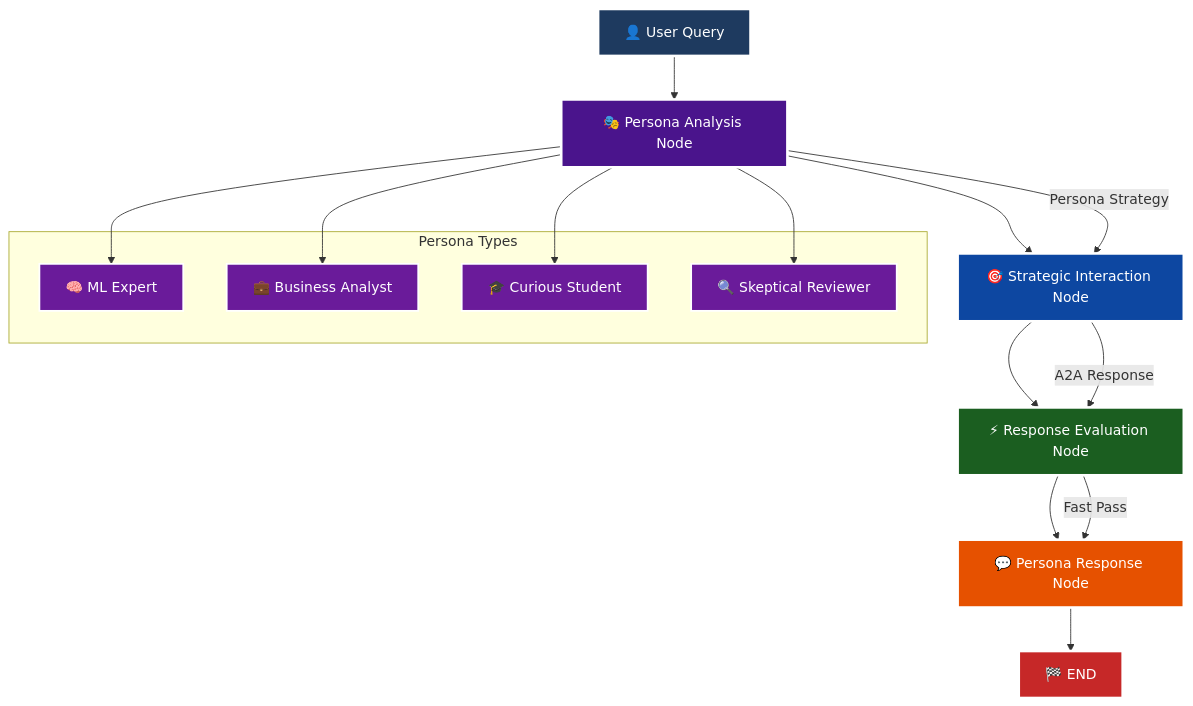
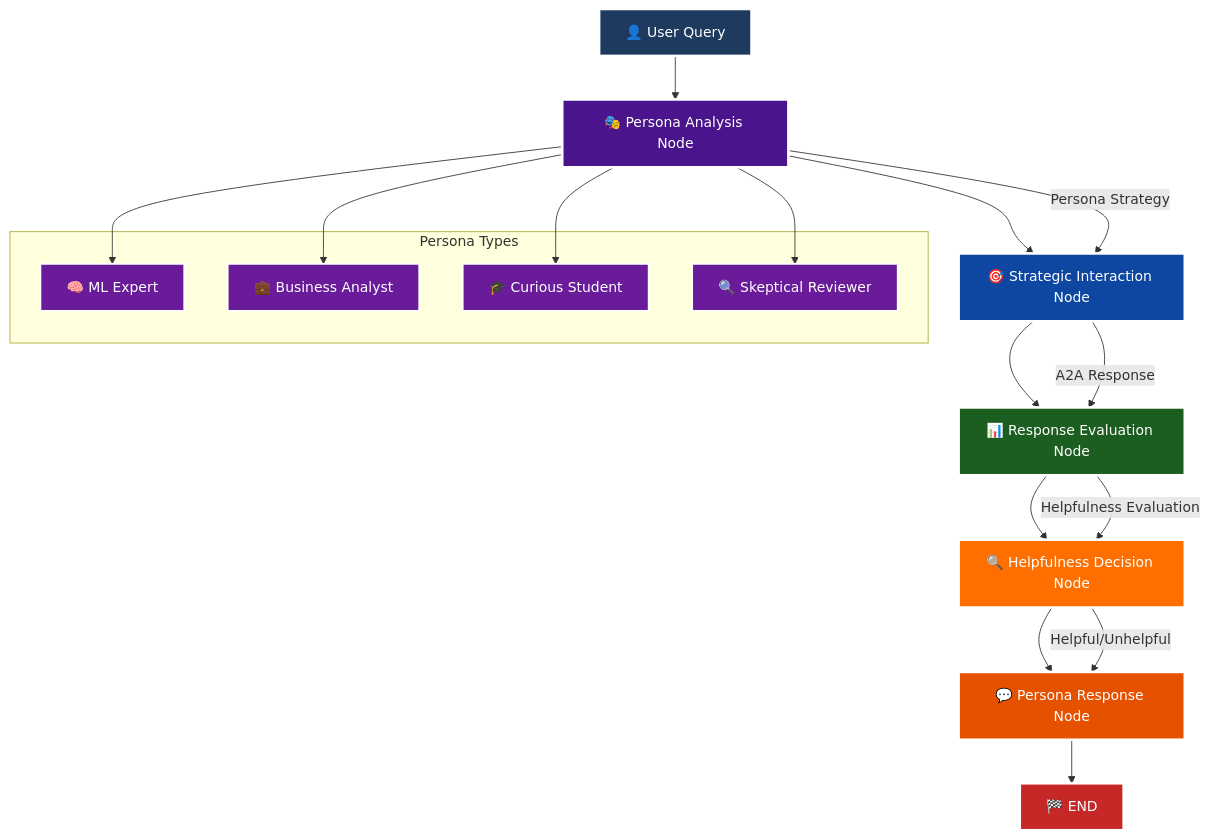
One commit to eugene2367/AIE7 changed the third of 3 diagrams in 15_A2A_LangGraph/README.md. Above: the diagram before and after it, drawn with Mermaid. The commit also changed other lines of this file, not shown here.

Commit message:
Update README: Add helpfulness evaluation to Persona Agent flow diagram and documentation

````diff
--- a/15_A2A_LangGraph/README.md
+++ b/15_A2A_LangGraph/README.md
@@ -162,35 +164,38 @@
 ```mermaid
 graph TD
     A[👤 User Query] --> B[🎭 Persona Analysis Node]
     B --> C[🎯 Strategic Interaction Node]
-    C --> D[⚡ Response Evaluation Node]
-    D --> E[💬 Persona Response Node]
-    E --> F[🏁 END]
+    C --> D[📊 Response Evaluation Node]
+    D --> E[🔍 Helpfulness Decision Node]
+    E --> F[💬 Persona Response Node]
+    F --> G[🏁 END]
     
     B -->|"Persona Strategy"| C
     C -->|"A2A Response"| D
-    D -->|"Fast Pass"| E
+    D -->|"Helpfulness Evaluation"| E
+    E -->|"Helpful/Unhelpful"| F
     
     subgraph "Persona Types"
         P1[🧠 ML Expert]
         P2[💼 Business Analyst]
         P3[🎓 Curious Student]
         P4[🔍 Skeptical Reviewer]
     end
     
     B --> P1
     B --> P2
     B --> P3
     B --> P4
     
     style A fill:#1e3a5f,stroke:#ffffff,stroke-width:3px,color:#ffffff
     style B fill:#4a148c,stroke:#ffffff,stroke-width:3px,color:#ffffff
     style C fill:#0d47a1,stroke:#ffffff,stroke-width:3px,color:#ffffff
     style D fill:#1b5e20,stroke:#ffffff,stroke-width:3px,color:#ffffff
-    style E fill:#e65100,stroke:#ffffff,stroke-width:3px,color:#ffffff
-    style F fill:#c62828,stroke:#ffffff,stroke-width:3px,color:#ffffff
+    style E fill:#ff6f00,stroke:#ffffff,stroke-width:3px,color:#ffffff
+    style F fill:#e65100,stroke:#ffffff,stroke-width:3px,color:#ffffff
+    style G fill:#c62828,stroke:#ffffff,stroke-width:3px,color:#ffffff
     style P1 fill:#6a1b9a,stroke:#ffffff,stroke-width:2px,color:#ffffff
     style P2 fill:#6a1b9a,stroke:#ffffff,stroke-width:2px,color:#ffffff
     style P3 fill:#6a1b9a,stroke:#ffffff,stroke-width:2px,color:#ffffff
     style P4 fill:#6a1b9a,stroke:#ffffff,stroke-width:2px,color:#ffffff
 ```
````
